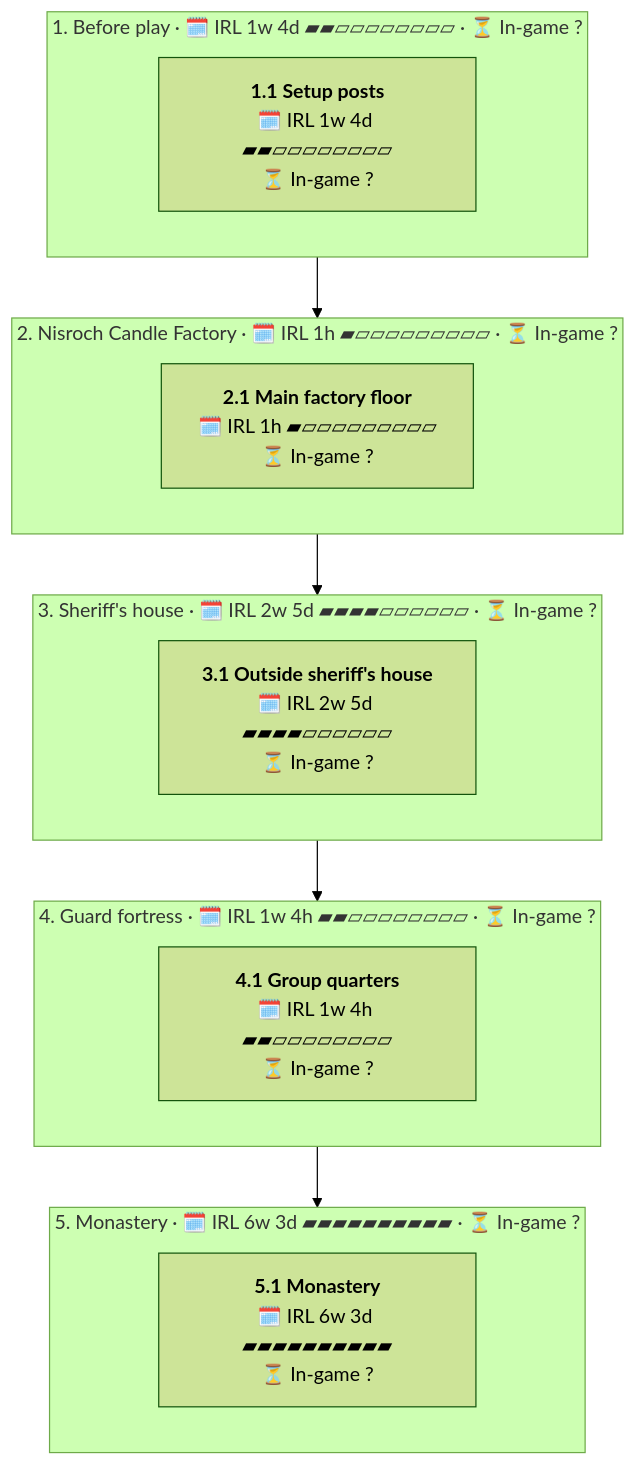
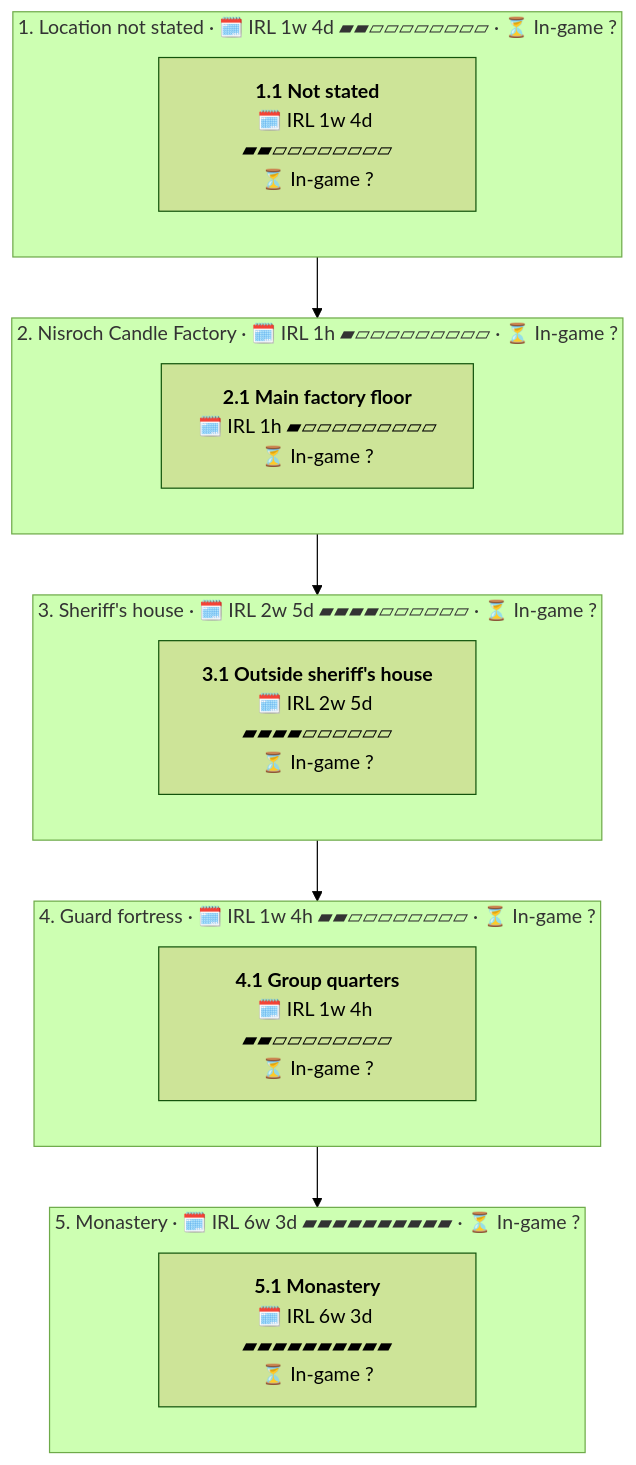
The diagram in Writerside/topics/C11-Dark-Pockets/C11-Dark-Pockets-Timeline.md (LewisIsWorking/PathWarsWiki), drawn with Mermaid (forest theme) before and after one commit. The commit also changed other lines of this file and 3 other files, not shown here.

First line of the commit message:
fix(timeline): C06's city stops are Kibwe, and C11 starts mid-campaign

````diff
--- a/Writerside/topics/C11-Dark-Pockets/C11-Dark-Pockets-Timeline.md
+++ b/Writerside/topics/C11-Dark-Pockets/C11-Dark-Pockets-Timeline.md
@@ -8,27 +8,27 @@
 ```mermaid
 flowchart TD
-    subgraph a0["1. Before play · 🗓️ IRL 1w 4d ▰▰▱▱▱▱▱▱▱▱ · ⏳ In-game ?"]
+    subgraph a0["1. Location not stated · 🗓️ IRL 1w 4d ▰▰▱▱▱▱▱▱▱▱ · ⏳ In-game ?"]
     direction TB
-        v0["<b>1.1 Setup posts</b><br/>🗓️ IRL 1w 4d ▰▰▱▱▱▱▱▱▱▱<br/>⏳ In-game ?"]
+        v0["<b>1.1 Not stated</b><br/>🗓️ IRL 1w 4d ▰▰▱▱▱▱▱▱▱▱<br/>⏳ In-game ?"]
     end
     subgraph a1["2. Nisroch Candle Factory · 🗓️ IRL 1h ▰▱▱▱▱▱▱▱▱▱ · ⏳ In-game ?"]
     direction TB
         v1["<b>2.1 Main factory floor</b><br/>🗓️ IRL 1h ▰▱▱▱▱▱▱▱▱▱<br/>⏳ In-game ?"]
     end
     subgraph a2["3. Sheriff's house · 🗓️ IRL 2w 5d ▰▰▰▰▱▱▱▱▱▱ · ⏳ In-game ?"]
     direction TB
         v2["<b>3.1 Outside sheriff's house</b><br/>🗓️ IRL 2w 5d ▰▰▰▰▱▱▱▱▱▱<br/>⏳ In-game ?"]
     end
     subgraph a3["4. Guard fortress · 🗓️ IRL 1w 4h ▰▰▱▱▱▱▱▱▱▱ · ⏳ In-game ?"]
     direction TB
         v3["<b>4.1 Group quarters</b><br/>🗓️ IRL 1w 4h ▰▰▱▱▱▱▱▱▱▱<br/>⏳ In-game ?"]
     end
     subgraph a4["5. Monastery · 🗓️ IRL 6w 3d ▰▰▰▰▰▰▰▰▰▰ · ⏳ In-game ?"]
     direction TB
         v4["<b>5.1 Monastery</b><br/>🗓️ IRL 6w 3d ▰▰▰▰▰▰▰▰▰▰<br/>⏳ In-game ?"]
     end
     v0 --> v1
     v1 --> v2
     v2 --> v3
     v3 --> v4
 ```
````
